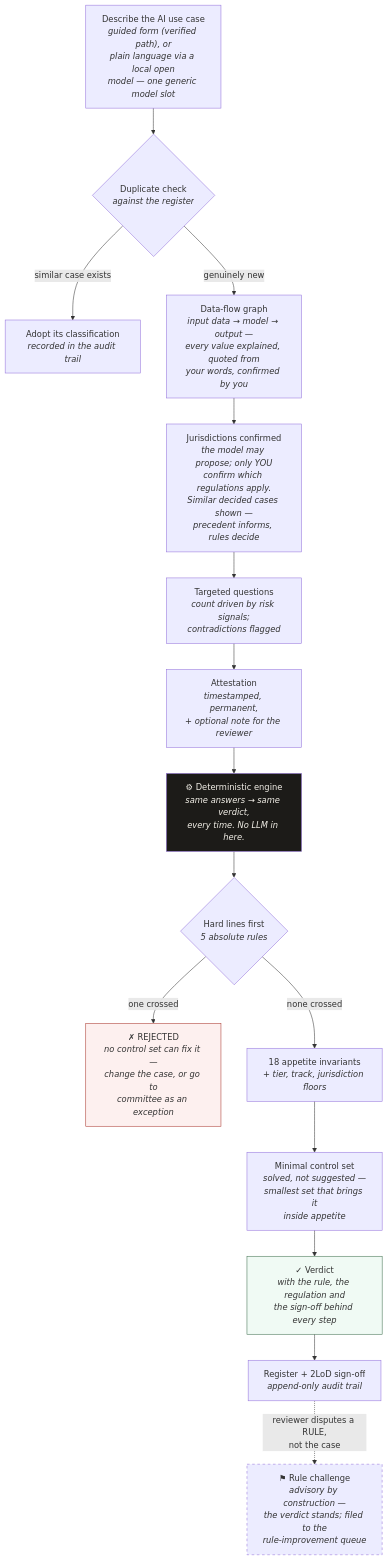
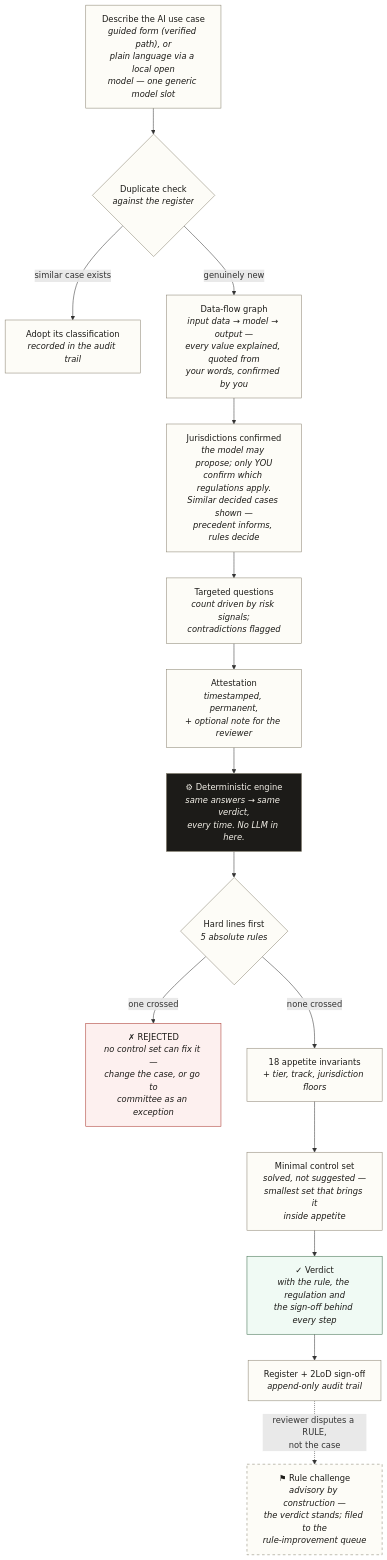
The first of 2 diagrams in README.md (oza977-max/ai-raf-precheck), drawn with Mermaid before and after one commit. The commit also changed other lines of this file, not shown here.

First line of the commit message:
docs: README ordering + mermaid contrast fixes

````diff
--- a/README.md
+++ b/README.md
@@ -83,23 +90,24 @@
 ```mermaid
 flowchart TD
     A["Describe the AI use case<br/><i>guided form (verified path), or<br/>plain language via a local open<br/>model — one generic model slot</i>"] --> B{"Duplicate check<br/><i>against the register</i>"}
     B -->|"similar case exists"| B1["Adopt its classification<br/><i>recorded in the audit trail</i>"]
     B -->|"genuinely new"| C["Data-flow graph<br/><i>input data → model → output —<br/>every value explained, quoted from<br/>your words, confirmed by you</i>"]
     C --> C2["Jurisdictions confirmed<br/><i>the model may propose; only YOU<br/>confirm which regulations apply.<br/>Similar decided cases shown —<br/>precedent informs, rules decide</i>"]
     C2 --> D["Targeted questions<br/><i>count driven by risk signals;<br/>contradictions flagged</i>"]
     D --> E["Attestation<br/><i>timestamped, permanent,<br/>+ optional note for the reviewer</i>"]
     E --> F["⚙ Deterministic engine<br/><i>same answers → same verdict,<br/>every time. No LLM in here.</i>"]
 
     F --> G{"Hard lines first<br/><i>5 absolute rules</i>"}
     G -->|"one crossed"| H["✗ REJECTED<br/><i>no control set can fix it —<br/>change the case, or go to<br/>committee as an exception</i>"]
     G -->|"none crossed"| I["18 appetite invariants<br/><i>+ tier, track, jurisdiction floors</i>"]
     I --> J["Minimal control set<br/><i>solved, not suggested —<br/>smallest set that brings it<br/>inside appetite</i>"]
     J --> K["✓ Verdict<br/><i>with the rule, the regulation and<br/>the sign-off behind every step</i>"]
     K --> L["Register + 2LoD sign-off<br/><i>append-only audit trail</i>"]
     L -.->|"reviewer disputes a RULE,<br/>not the case"| M["⚑ Rule challenge<br/><i>advisory by construction —<br/>the verdict stands; filed to the<br/>rule-improvement queue</i>"]
 
+    classDef default fill:#fdfcf7,stroke:#8a8371,color:#1c1b18
     style F fill:#1c1b18,color:#f3f0e8
-    style M stroke-dasharray: 5 5
-    style H fill:#fdf0ef,stroke:#a8322a
-    style K fill:#f0faf4,stroke:#3a6b4a
+    style M stroke-dasharray: 5 5,fill:#fdfcf7,color:#1c1b18
+    style H fill:#fdf0ef,stroke:#a8322a,color:#1c1b18
+    style K fill:#f0faf4,stroke:#3a6b4a,color:#1c1b18
 ```
````
